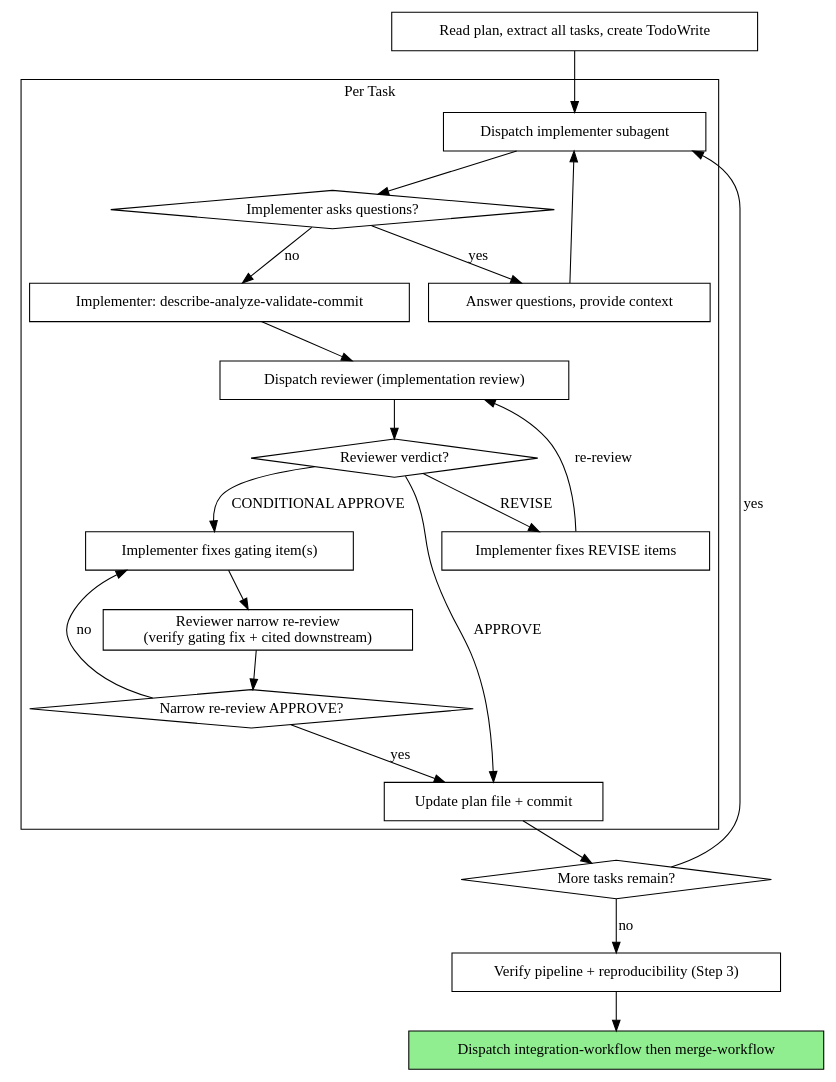
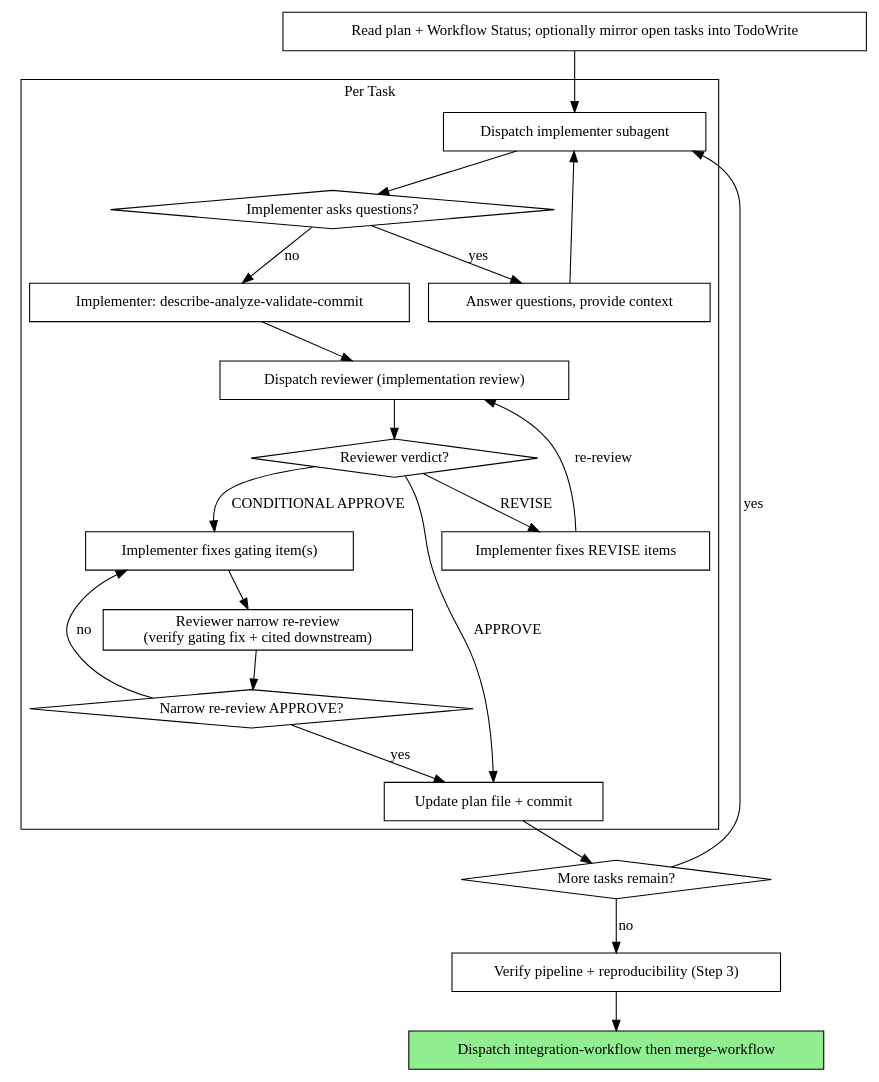
Before and after one commit to FuZhiyu/superRA: the second of 2 diagrams in skills/execution-workflow/SKILL.md, drawn with Graphviz. The commit also changed 1 other file, not shown here.

Commit message:
refactor: integration-review Stage 2 fixes (voice + flowchart label)
Fix two accepted items from the Stage 2 integration reviewer:
- handoff-doc/SKILL.md:114: rewrite first-person "We update it; we do not"
  to imperative "Update it inline; do not" to match codebase voice convention.
- execution-workflow/SKILL.md:78,83: update both flowchart node references
  from "Read plan, extract all tasks, create TodoWrite" to
  "Read plan + Workflow Status; optionally mirror open tasks into TodoWrite"
  to match the prose doctrine at line 156.

````diff
--- a/skills/execution-workflow/SKILL.md
+++ b/skills/execution-workflow/SKILL.md
@@ -59,45 +59,45 @@
 ```dot
 digraph process {
     rankdir=TB;
 
     subgraph cluster_per_task {
         label="Per Task";
         "Dispatch implementer subagent" [shape=box];
         "Implementer asks questions?" [shape=diamond];
         "Answer questions, provide context" [shape=box];
         "Implementer: describe-analyze-validate-commit" [shape=box];
         "Dispatch reviewer (implementation review)" [shape=box];
         "Reviewer verdict?" [shape=diamond];
         "Implementer fixes REVISE items" [shape=box];
         "Implementer fixes gating item(s)" [shape=box];
         "Reviewer narrow re-review\n(verify gating fix + cited downstream)" [shape=box];
         "Narrow re-review APPROVE?" [shape=diamond];
         "Update plan file + commit" [shape=box];
     }
 
-    "Read plan, extract all tasks, create TodoWrite" [shape=box];
+    "Read plan + Workflow Status; optionally mirror open tasks into TodoWrite" [shape=box];
     "More tasks remain?" [shape=diamond];
     "Verify pipeline + reproducibility (Step 3)" [shape=box];
     "Dispatch integration-workflow then merge-workflow" [shape=box style=filled fillcolor=lightgreen];
 
-    "Read plan, extract all tasks, create TodoWrite" -> "Dispatch implementer subagent";
+    "Read plan + Workflow Status; optionally mirror open tasks into TodoWrite" -> "Dispatch implementer subagent";
     "Dispatch implementer subagent" -> "Implementer asks questions?";
     "Implementer asks questions?" -> "Answer questions, provide context" [label="yes"];
     "Answer questions, provide context" -> "Dispatch implementer subagent";
     "Implementer asks questions?" -> "Implementer: describe-analyze-validate-commit" [label="no"];
     "Implementer: describe-analyze-validate-commit" -> "Dispatch reviewer (implementation review)";
     "Dispatch reviewer (implementation review)" -> "Reviewer verdict?";
     "Reviewer verdict?" -> "Implementer fixes REVISE items" [label="REVISE"];
     "Implementer fixes REVISE items" -> "Dispatch reviewer (implementation review)" [label="re-review"];
     "Reviewer verdict?" -> "Implementer fixes gating item(s)" [label="CONDITIONAL APPROVE"];
     "Implementer fixes gating item(s)" -> "Reviewer narrow re-review\n(verify gating fix + cited downstream)";
     "Reviewer narrow re-review\n(verify gating fix + cited downstream)" -> "Narrow re-review APPROVE?";
     "Narrow re-review APPROVE?" -> "Implementer fixes gating item(s)" [label="no"];
     "Narrow re-review APPROVE?" -> "Update plan file + commit" [label="yes"];
     "Reviewer verdict?" -> "Update plan file + commit" [label="APPROVE"];
     "Update plan file + commit" -> "More tasks remain?";
     "More tasks remain?" -> "Dispatch implementer subagent" [label="yes"];
     "More tasks remain?" -> "Verify pipeline + reproducibility (Step 3)" [label="no"];
     "Verify pipeline + reproducibility (Step 3)" -> "Dispatch integration-workflow then merge-workflow";
 }
 ```
````
